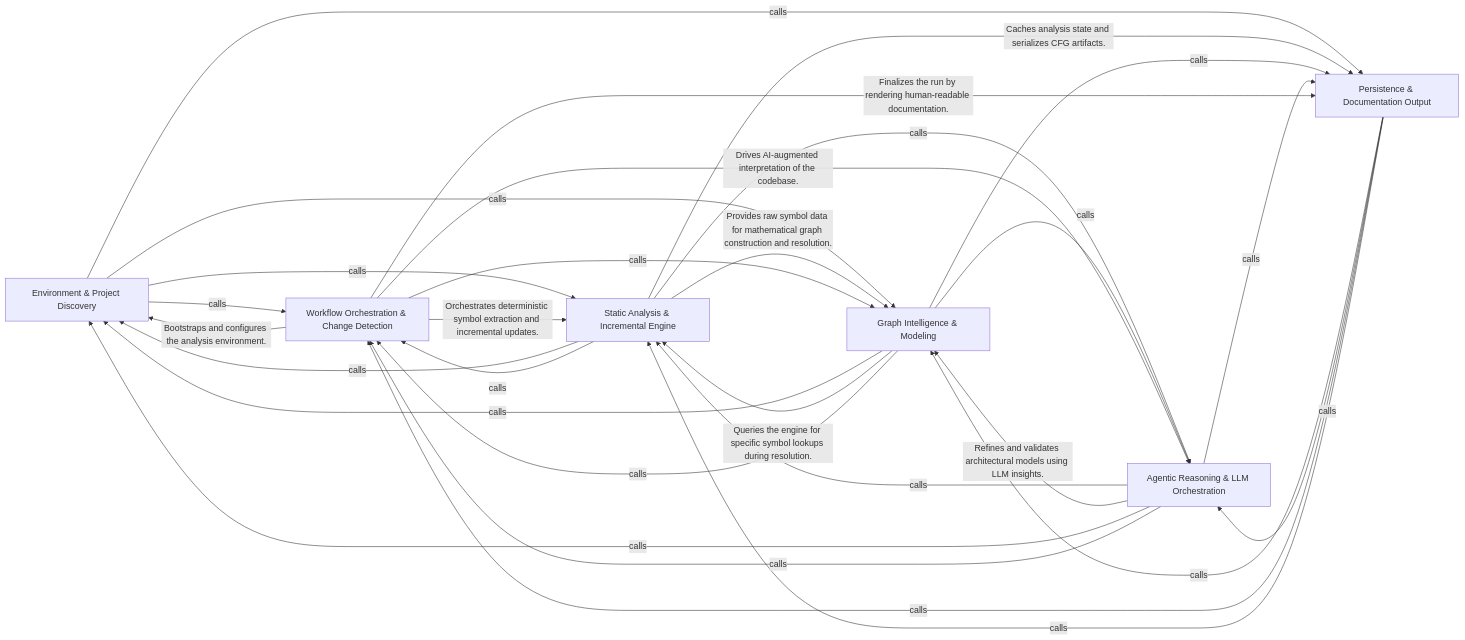
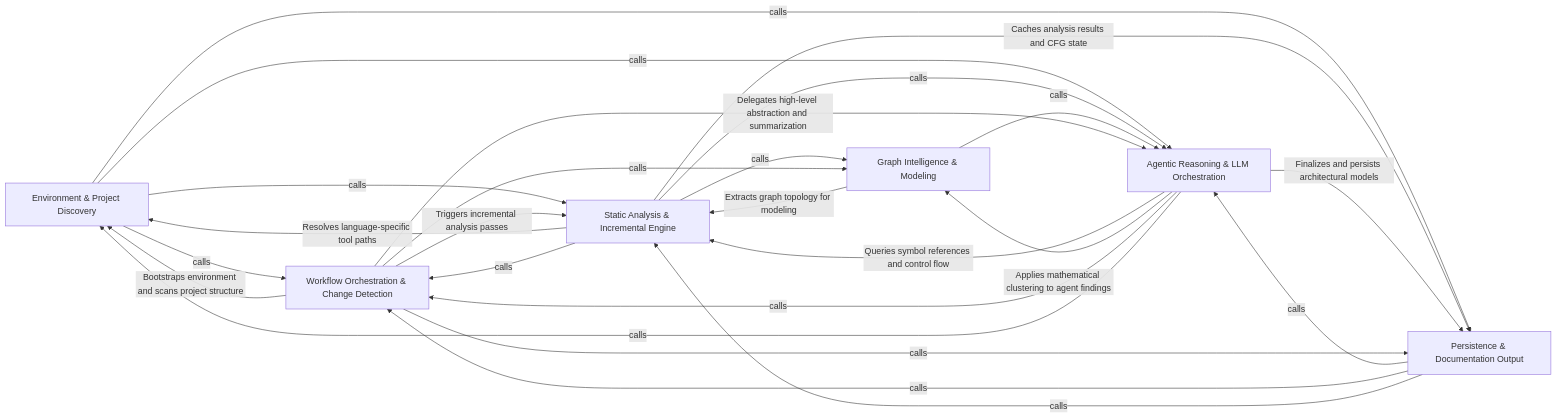
The diagram in .codeboarding/overview.md (CodeBoarding/CodeBoarding), drawn with Mermaid before and after one commit. The commit also changed other lines of this file and 18 other files, not shown here.

Commit message:
chore(codeboarding): sync architecture baseline

````diff
--- a/.codeboarding/overview.md
+++ b/.codeboarding/overview.md
@@ -1,42 +1,38 @@
 ```mermaid
 graph LR
     Environment_Project_Discovery["Environment & Project Discovery"]
     Static_Analysis_Incremental_Engine["Static Analysis & Incremental Engine"]
     Graph_Intelligence_Modeling["Graph Intelligence & Modeling"]
     Agentic_Reasoning_LLM_Orchestration["Agentic Reasoning & LLM Orchestration"]
     Workflow_Orchestration_Change_Detection["Workflow Orchestration & Change Detection"]
     Persistence_Documentation_Output["Persistence & Documentation Output"]
     Environment_Project_Discovery -- "calls" --> Workflow_Orchestration_Change_Detection
     Environment_Project_Discovery -- "calls" --> Persistence_Documentation_Output
     Environment_Project_Discovery -- "calls" --> Static_Analysis_Incremental_Engine
-    Environment_Project_Discovery -- "calls" --> Graph_Intelligence_Modeling
-    Static_Analysis_Incremental_Engine -- "calls" --> Environment_Project_Discovery
-    Static_Analysis_Incremental_Engine -- "Provides raw symbol data for mathematical graph construction and resolution." --> Graph_Intelligence_Modeling
+    Environment_Project_Discovery -- "calls" --> Agentic_Reasoning_LLM_Orchestration
+    Static_Analysis_Incremental_Engine -- "Resolves language-specific tool paths" --> Environment_Project_Discovery
+    Static_Analysis_Incremental_Engine -- "calls" --> Graph_Intelligence_Modeling
     Static_Analysis_Incremental_Engine -- "calls" --> Agentic_Reasoning_LLM_Orchestration
     Static_Analysis_Incremental_Engine -- "calls" --> Workflow_Orchestration_Change_Detection
-    Static_Analysis_Incremental_Engine -- "Caches analysis state and serializes CFG artifacts." --> Persistence_Documentation_Output
-    Graph_Intelligence_Modeling -- "calls" --> Environment_Project_Discovery
-    Graph_Intelligence_Modeling -- "Queries the engine for specific symbol lookups during resolution." --> Static_Analysis_Incremental_Engine
+    Static_Analysis_Incremental_Engine -- "Caches analysis results and CFG state" --> Persistence_Documentation_Output
+    Graph_Intelligence_Modeling -- "Extracts graph topology for modeling" --> Static_Analysis_Incremental_Engine
     Graph_Intelligence_Modeling -- "calls" --> Agentic_Reasoning_LLM_Orchestration
-    Graph_Intelligence_Modeling -- "calls" --> Workflow_Orchestration_Change_Detection
-    Graph_Intelligence_Modeling -- "calls" --> Persistence_Documentation_Output
-    Agentic_Reasoning_LLM_Orchestration -- "calls" --> Static_Analysis_Incremental_Engine
-    Agentic_Reasoning_LLM_Orchestration -- "Refines and validates architectural models using LLM insights." --> Graph_Intelligence_Modeling
+    Agentic_Reasoning_LLM_Orchestration -- "Queries symbol references and control flow" --> Static_Analysis_Incremental_Engine
+    Agentic_Reasoning_LLM_Orchestration -- "Applies mathematical clustering to agent findings" --> Graph_Intelligence_Modeling
+    Agentic_Reasoning_LLM_Orchestration -- "calls" --> Workflow_Orchestration_Change_Detection
+    Agentic_Reasoning_LLM_Orchestration -- "Finalizes and persists architectural models" --> Persistence_Documentation_Output
     Agentic_Reasoning_LLM_Orchestration -- "calls" --> Environment_Project_Discovery
-    Agentic_Reasoning_LLM_Orchestration -- "calls" --> Workflow_Orchestration_Change_Detection
-    Agentic_Reasoning_LLM_Orchestration -- "calls" --> Persistence_Documentation_Output
-    Workflow_Orchestration_Change_Detection -- "Orchestrates deterministic symbol extraction and incremental updates." --> Static_Analysis_Incremental_Engine
-    Workflow_Orchestration_Change_Detection -- "Drives AI-augmented interpretation of the codebase." --> Agentic_Reasoning_LLM_Orchestration
-    Workflow_Orchestration_Change_Detection -- "Bootstraps and configures the analysis environment." --> Environment_Project_Discovery
+    Workflow_Orchestration_Change_Detection -- "Bootstraps environment and scans project structure" --> Environment_Project_Discovery
+    Workflow_Orchestration_Change_Detection -- "Triggers incremental analysis passes" --> Static_Analysis_Incremental_Engine
     Workflow_Orchestration_Change_Detection -- "calls" --> Graph_Intelligence_Modeling
-    Workflow_Orchestration_Change_Detection -- "Finalizes the run by rendering human-readable documentation." --> Persistence_Documentation_Output
-    Persistence_Documentation_Output -- "calls" --> Graph_Intelligence_Modeling
+    Workflow_Orchestration_Change_Detection -- "Delegates high-level abstraction and summarization" --> Agentic_Reasoning_LLM_Orchestration
+    Workflow_Orchestration_Change_Detection -- "calls" --> Persistence_Documentation_Output
     Persistence_Documentation_Output -- "calls" --> Agentic_Reasoning_LLM_Orchestration
     Persistence_Documentation_Output -- "calls" --> Workflow_Orchestration_Change_Detection
     Persistence_Documentation_Output -- "calls" --> Static_Analysis_Incremental_Engine
     click Environment_Project_Discovery href "https://github.com/CodeBoarding/CodeBoarding/blob/main/.codeboarding/Environment_Project_Discovery.md" "Details"
     click Static_Analysis_Incremental_Engine href "https://github.com/CodeBoarding/CodeBoarding/blob/main/.codeboarding/Static_Analysis_Incremental_Engine.md" "Details"
     click Agentic_Reasoning_LLM_Orchestration href "https://github.com/CodeBoarding/CodeBoarding/blob/main/.codeboarding/Agentic_Reasoning_LLM_Orchestration.md" "Details"
     click Workflow_Orchestration_Change_Detection href "https://github.com/CodeBoarding/CodeBoarding/blob/main/.codeboarding/Workflow_Orchestration_Change_Detection.md" "Details"
     click Persistence_Documentation_Output href "https://github.com/CodeBoarding/CodeBoarding/blob/main/.codeboarding/Persistence_Documentation_Output.md" "Details"
 ```
````
